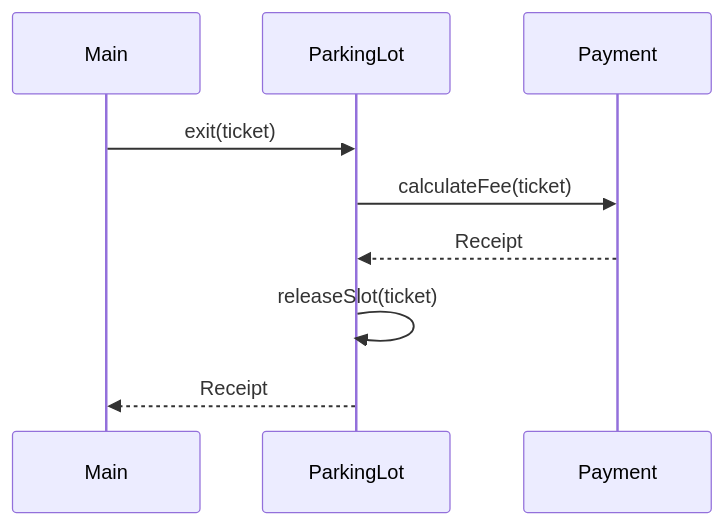
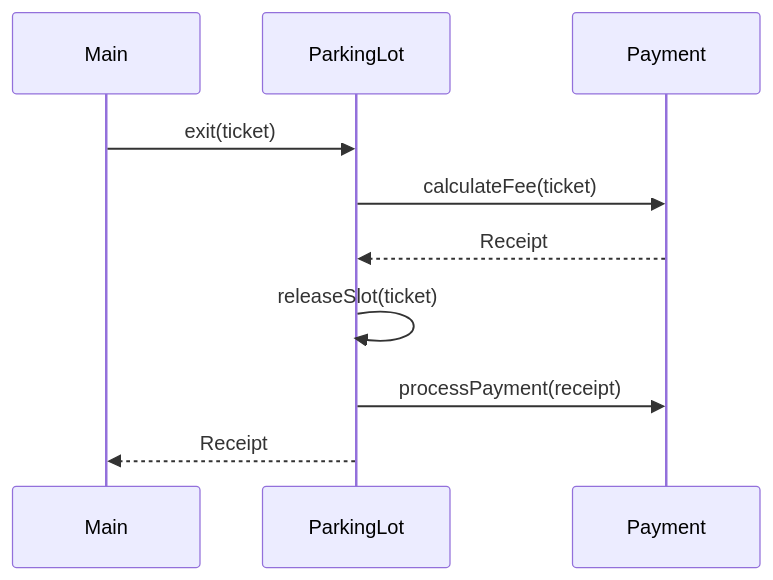
One commit to Anuj-Gupta79/lld-mastery changed the third of 3 diagrams in src/main/java/com/lld/problems/parkinglot/notes/parkinglot-notes.md. Above: the diagram before and after it, drawn with Mermaid. The commit also changed other lines of this file and 24 other files, not shown here.

Commit message:
Design Problems: ParkingLot has been completed

````diff
--- a/src/main/java/com/lld/problems/parkinglot/notes/parkinglot-notes.md
+++ b/src/main/java/com/lld/problems/parkinglot/notes/parkinglot-notes.md
@@ -202,12 +212,13 @@
 ```mermaid
 sequenceDiagram
     participant Main
     participant ParkingLot
     participant Payment
 
     Main->>ParkingLot: exit(ticket)
     ParkingLot->>Payment: calculateFee(ticket)
     Payment-->>ParkingLot: Receipt
     ParkingLot->>ParkingLot: releaseSlot(ticket)
+    ParkingLot->>Payment: processPayment(receipt)
     ParkingLot-->>Main: Receipt
 ```
````
